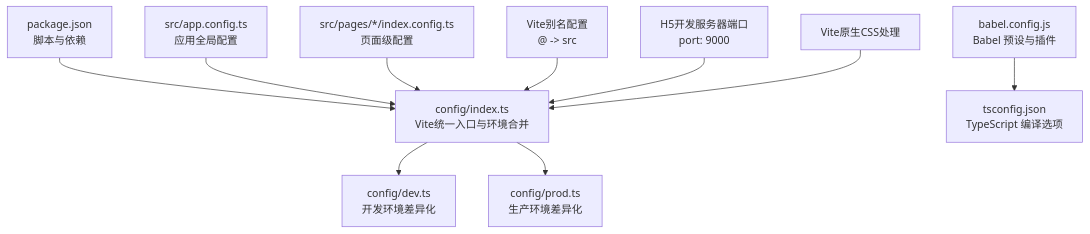
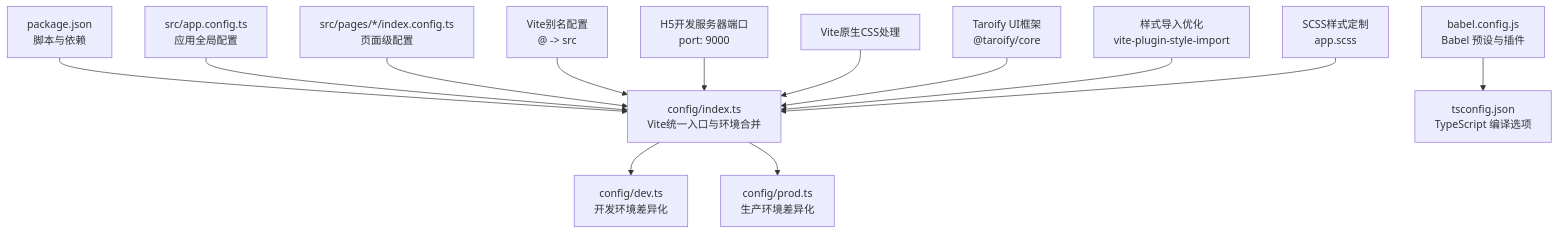
Before and after one commit to zuolinbao/redbook: the first of 14 diagrams in .qoder/repowiki/zh/content/架构设计/构建配置系统.md, drawn with Mermaid. The commit also changed other lines of this file and 20 other files, not shown here.

````diff
--- a/.qoder/repowiki/zh/content/架构设计/构建配置系统.md
+++ b/.qoder/repowiki/zh/content/架构设计/构建配置系统.md
@@ -44,12 +44,15 @@
 ```mermaid
 graph TB
 A["config/index.ts<br/>Vite统一入口与环境合并"] --> B["config/dev.ts<br/>开发环境差异化"]
 A --> C["config/prod.ts<br/>生产环境差异化"]
 D["babel.config.js<br/>Babel 预设与插件"] --> E["tsconfig.json<br/>TypeScript 编译选项"]
 F["package.json<br/>脚本与依赖"] --> A
 G["src/app.config.ts<br/>应用全局配置"] --> A
 H["src/pages/*/index.config.ts<br/>页面级配置"] --> A
 I["Vite别名配置<br/>@ -> src"] --> A
 J["H5开发服务器端口<br/>port: 9000"] --> A
 K["Vite原生CSS处理"] --> A
+L["Taroify UI框架<br/>@taroify/core"] --> A
+M["样式导入优化<br/>vite-plugin-style-import"] --> A
+N["SCSS样式定制<br/>app.scss"] --> A
 ```
````
